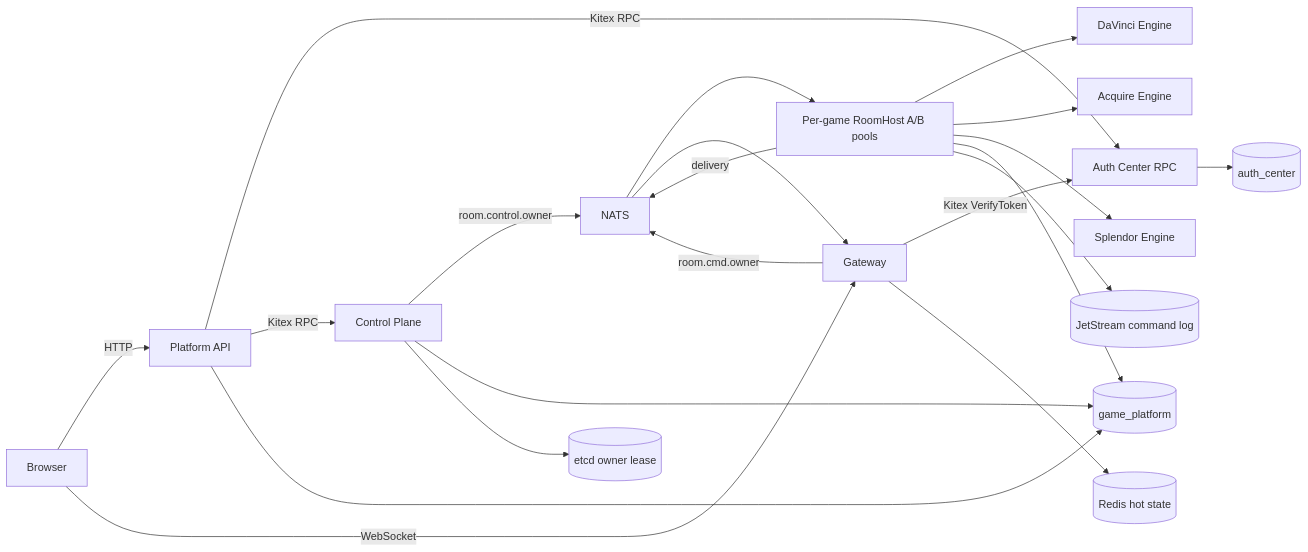
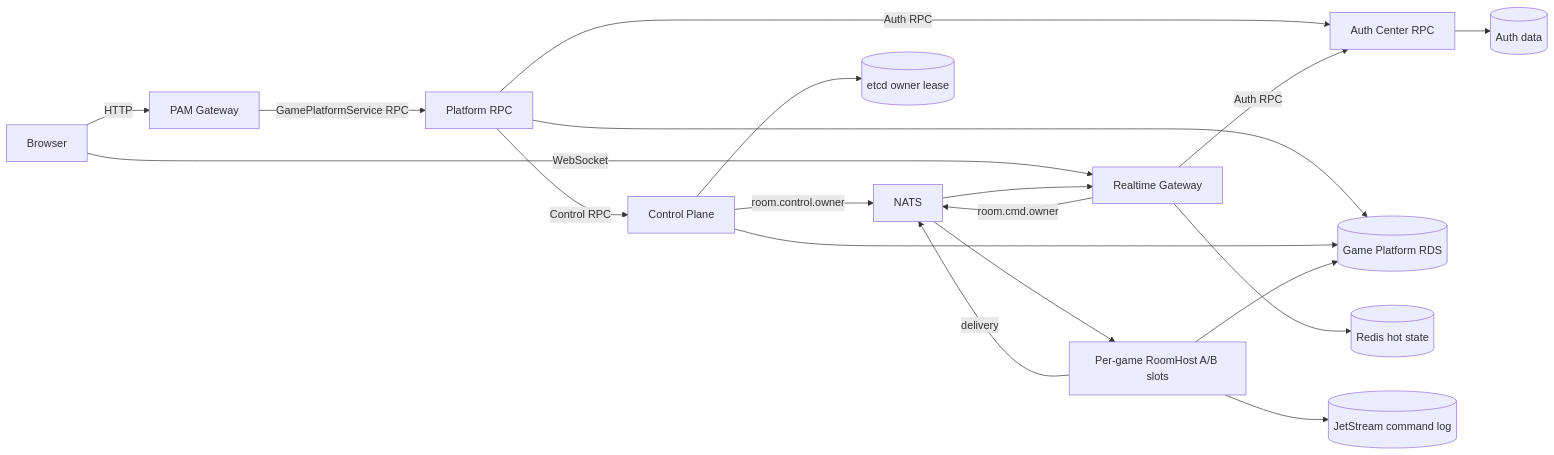
One commit to nciyuan9264/game-platform changed the diagram in docs/target-architecture.md. Above: the diagram before and after it, drawn with Mermaid. The commit also changed other lines of this file and 69 other files, not shown here.

````diff
--- a/docs/target-architecture.md
+++ b/docs/target-architecture.md
@@ -17,27 +16,24 @@
 ```mermaid
 flowchart LR
-    Browser -->|HTTP| PlatformAPI[Platform API]
-    Browser -->|WebSocket| Gateway
+    Browser -->|HTTP| PAMGateway[PAM Gateway]
+    Browser -->|WebSocket| RealtimeGateway[Realtime Gateway]
 
-    PlatformAPI -->|Kitex RPC| AuthRPC[Auth Center RPC]
-    PlatformAPI -->|Kitex RPC| Control[Control Plane]
-    Gateway -->|Kitex VerifyToken| AuthRPC
+    PAMGateway -->|GamePlatformService RPC| PlatformRPC[Platform RPC]
+    PlatformRPC -->|Auth RPC| AuthRPC[Auth Center RPC]
+    PlatformRPC -->|Control RPC| Control[Control Plane]
+    RealtimeGateway -->|Auth RPC| AuthRPC
 
     Control -->|room.control.owner| NATS
-    Gateway -->|room.cmd.owner| NATS
-    NATS --> RoomHostPools[Per-game RoomHost A/B pools]
-    RoomHostPools -->|delivery| NATS
-    NATS --> Gateway
+    RealtimeGateway -->|room.cmd.owner| NATS
+    NATS --> RoomHosts[Per-game RoomHost A/B slots]
+    RoomHosts -->|delivery| NATS
+    NATS --> RealtimeGateway
 
-    RoomHostPools --> DaVinci[DaVinci Engine]
-    RoomHostPools --> Acquire[Acquire Engine]
-    RoomHostPools --> Splendor[Splendor Engine]
-
-    AuthRPC --> AuthDB[(auth_center)]
-    PlatformAPI --> PlatformDB[(game_platform)]
+    PlatformRPC --> PlatformDB[(Game Platform RDS)]
     Control --> PlatformDB
-    RoomHostPools --> PlatformDB
-    Gateway --> Redis[(Redis hot state)]
+    RoomHosts --> PlatformDB
+    AuthRPC --> AuthDB[(Auth data)]
+    RealtimeGateway --> Redis[(Redis hot state)]
     Control --> Etcd[(etcd owner lease)]
-    RoomHostPools --> JetStream[(JetStream command log)]
+    RoomHosts --> JetStream[(JetStream command log)]
 ```
````
